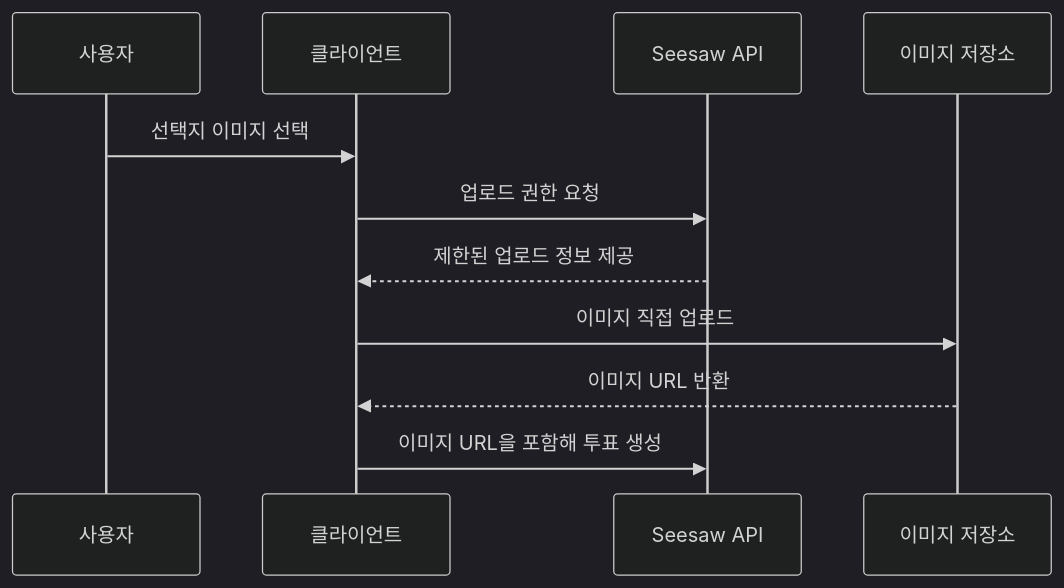
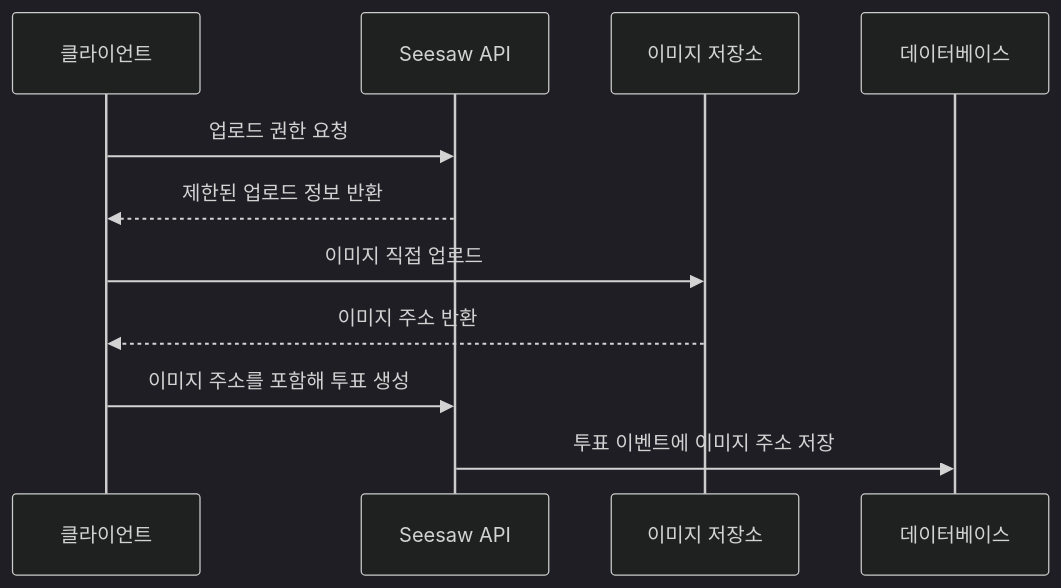
One commit to jei-seesaw/seesaw-api changed the seventh of 10 diagrams in README.md. Above: the diagram before and after it, drawn with Mermaid (dark theme). The commit also changed other lines of this file, not shown here.

````diff
--- a/README.md
+++ b/README.md
@@ -111,14 +266,14 @@
 ```mermaid
 sequenceDiagram
-  participant User as 사용자
   participant Client as 클라이언트
   participant API as Seesaw API
   participant Media as 이미지 저장소
+  participant DB as 데이터베이스
 
-  User->>Client: 선택지 이미지 선택
   Client->>API: 업로드 권한 요청
-  API-->>Client: 제한된 업로드 정보 제공
+  API-->>Client: 제한된 업로드 정보 반환
   Client->>Media: 이미지 직접 업로드
-  Media-->>Client: 이미지 URL 반환
-  Client->>API: 이미지 URL을 포함해 투표 생성
+  Media-->>Client: 이미지 주소 반환
+  Client->>API: 이미지 주소를 포함해 투표 생성
+  API->>DB: 투표 이벤트에 이미지 주소 저장
 ```
````
